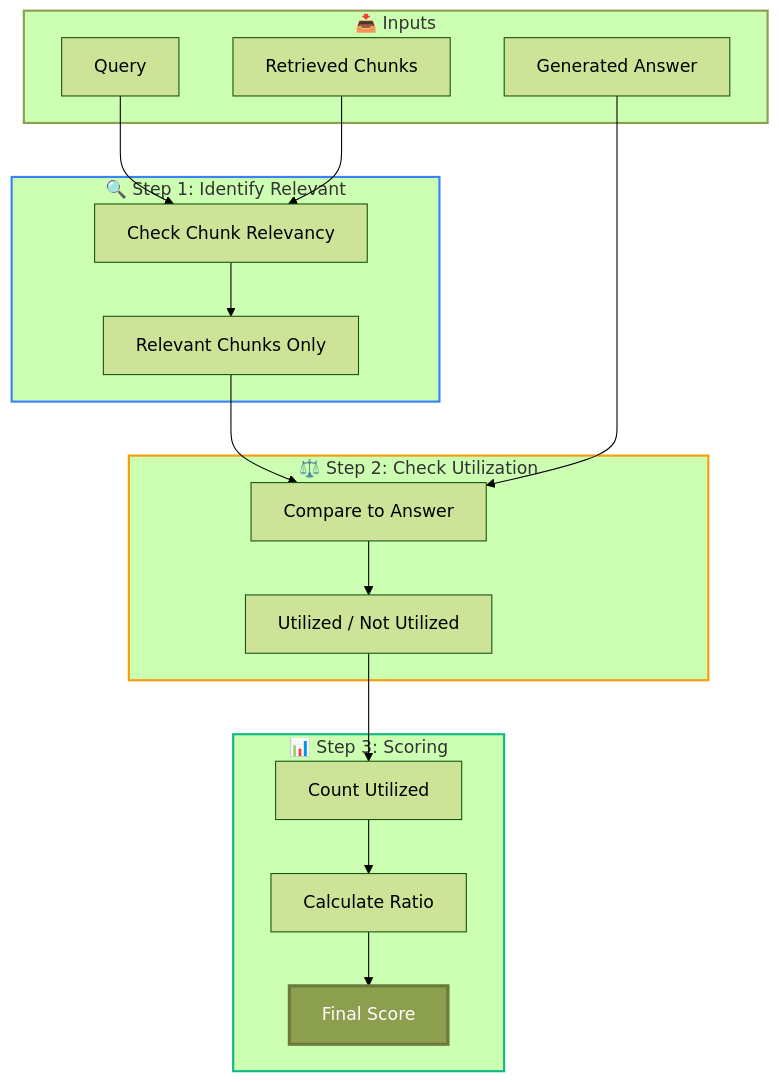
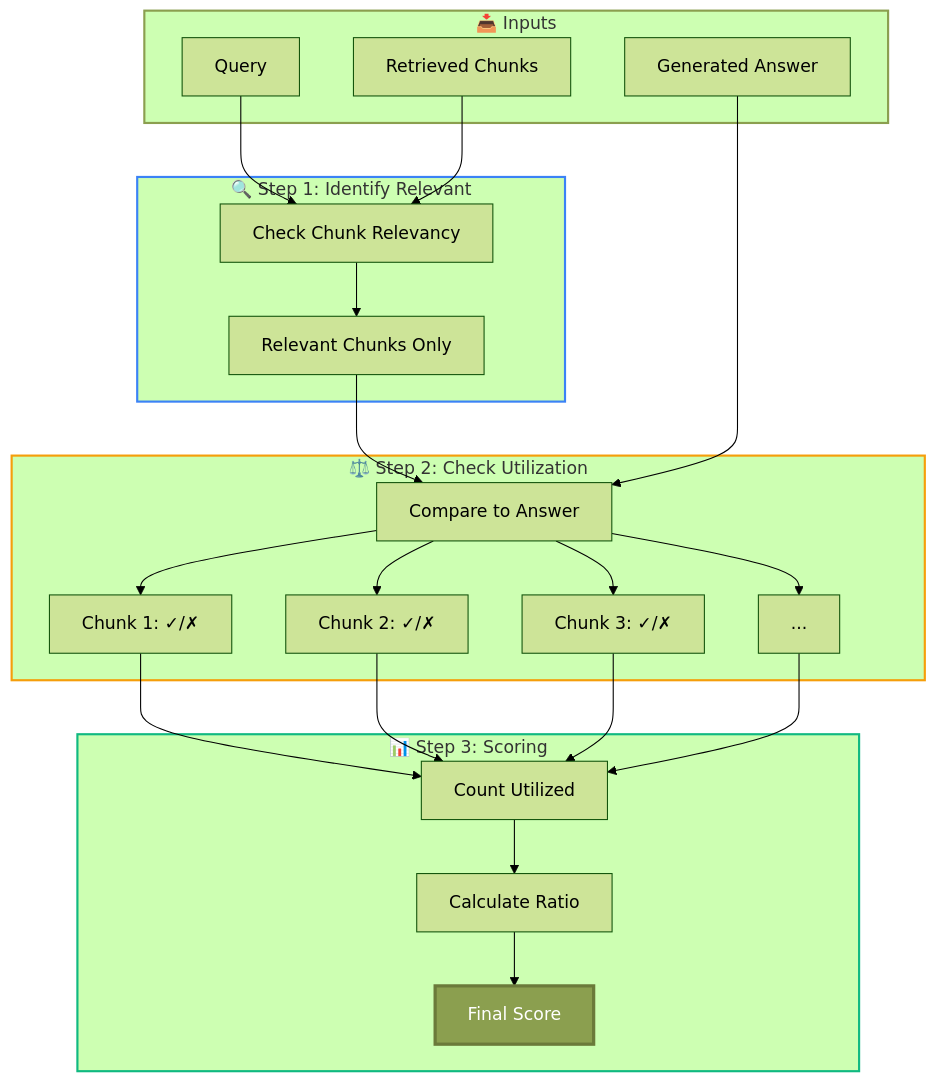
Before and after one commit to ax-foundry/axion: the diagram in docs/metric-registry/composite/contextual_utilization.md, drawn with Mermaid (forest theme). The commit also changed 21 other files, not shown here.

````diff
--- a/docs/metric-registry/composite/contextual_utilization.md
+++ b/docs/metric-registry/composite/contextual_utilization.md
@@ -89,39 +89,42 @@
     ```mermaid
     flowchart TD
         subgraph INPUT["📥 Inputs"]
             A[Query]
             B[Retrieved Chunks]
             C[Generated Answer]
         end
 
         subgraph FILTER["🔍 Step 1: Identify Relevant"]
             D[Check Chunk Relevancy]
             E["Relevant Chunks Only"]
         end
 
         subgraph CHECK["⚖️ Step 2: Check Utilization"]
             F[Compare to Answer]
-            G["Utilized / Not Utilized"]
+            G1["Chunk 1: ✓/✗"]
+            G2["Chunk 2: ✓/✗"]
+            G3["Chunk 3: ✓/✗"]
+            GN["..."]
         end
 
         subgraph SCORE["📊 Step 3: Scoring"]
             H["Count Utilized"]
             I["Calculate Ratio"]
             J["Final Score"]
         end
 
         A & B --> D
         D --> E
         E --> F
         C --> F
-        F --> G
-        G --> H
+        F --> G1 & G2 & G3 & GN
+        G1 & G2 & G3 & GN --> H
         H --> I
         I --> J
 
         style INPUT stroke:#8B9F4F,stroke-width:2px
         style FILTER stroke:#3b82f6,stroke-width:2px
         style CHECK stroke:#f59e0b,stroke-width:2px
         style SCORE stroke:#10b981,stroke-width:2px
         style J fill:#8B9F4F,stroke:#6B7A3A,stroke-width:3px,color:#fff
     ```
````
